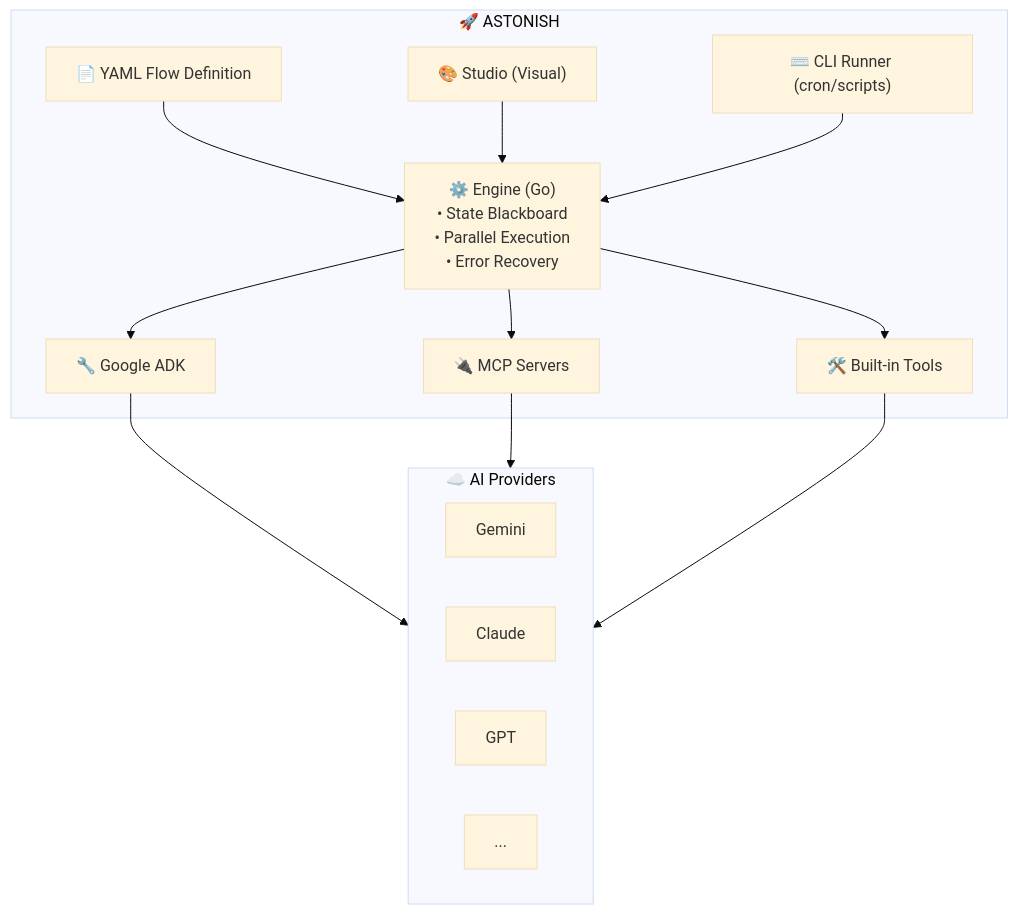
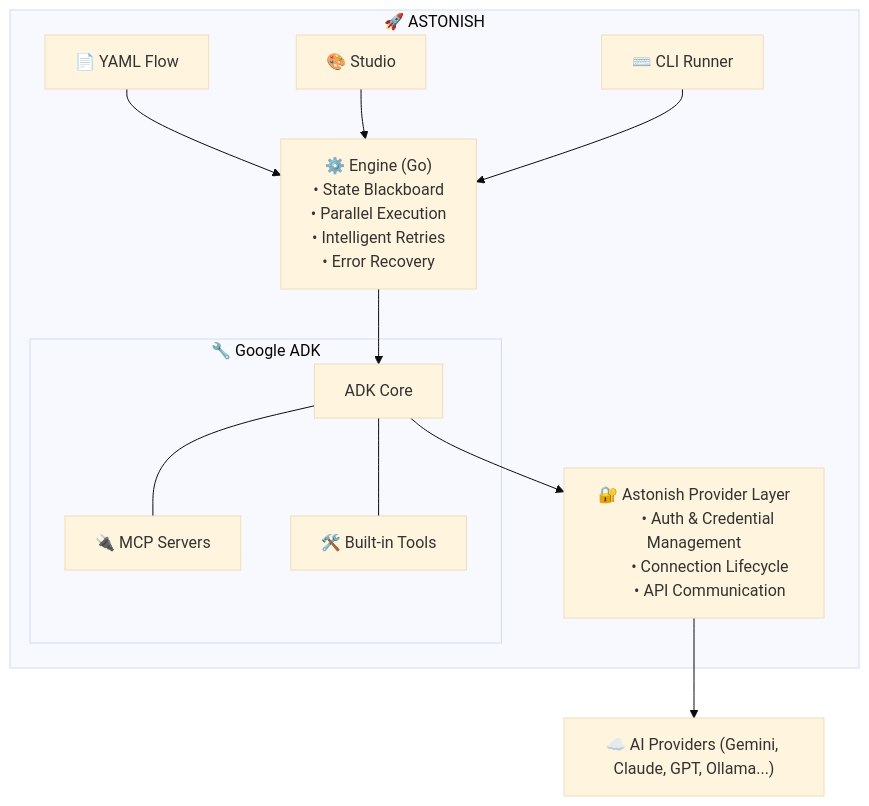
The diagram in README.md (schardosin/astonish), drawn with Mermaid (base theme) before and after one commit. The commit also changed other lines of this file, not shown here.

````diff
--- a/README.md
+++ b/README.md
@@ -221,36 +125,37 @@
 ```mermaid
 flowchart TB
     subgraph Astonish["🚀 ASTONISH"]
-        YAML["📄 YAML Flow Definition"]
-        Studio["🎨 Studio (Visual)"]
-        CLI["⌨️ CLI Runner (cron/scripts)"]
+        YAML["📄 YAML Flow"]
+        Studio["🎨 Studio"]
+        CLI["⌨️ CLI Runner"]
         
         YAML --> Engine
         Studio --> Engine
         CLI --> Engine
         
         Engine["⚙️ Engine (Go)
         • State Blackboard
         • Parallel Execution
+        • Intelligent Retries
         • Error Recovery"]
         
-        Engine --> ADK
-        Engine --> MCP
-        Engine --> Tools
+        subgraph Orchestration["🔧 Google ADK"]
+            ADK_Core["ADK Core"]
+            MCP["🔌 MCP Servers"]
+            Tools["🛠️ Built-in Tools"]
+            
+            ADK_Core --- MCP
+            ADK_Core --- Tools
+        end
+
+        ProviderLayer["🔐 Astonish Provider Layer
+        • Auth & Credential Management
+        • Connection Lifecycle
+        • API Communication"]
         
-        ADK["🔧 Google ADK"]
-        MCP["🔌 MCP Servers"]
-        Tools["🛠️ Built-in Tools"]
+        Engine --> ADK_Core
+        ADK_Core --> ProviderLayer
     end
     
-    ADK --> Providers
-    MCP --> Providers
-    Tools --> Providers
-    
-    subgraph Providers["☁️ AI Providers"]
-        Gemini["Gemini"]
-        Claude["Claude"]
-        GPT["GPT"]
-        More["..."]
-    end
+    ProviderLayer --> Providers["☁️ AI Providers (Gemini, Claude, GPT, Ollama...)"]
 ```
````
